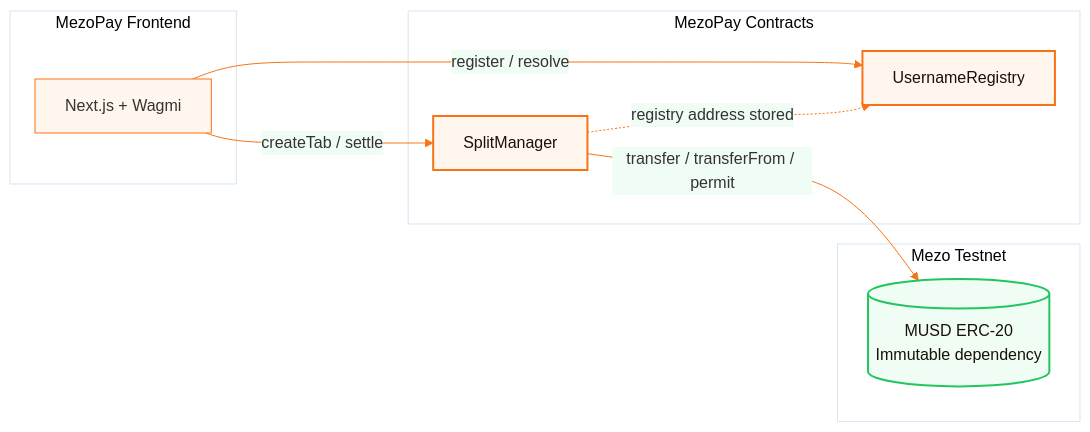
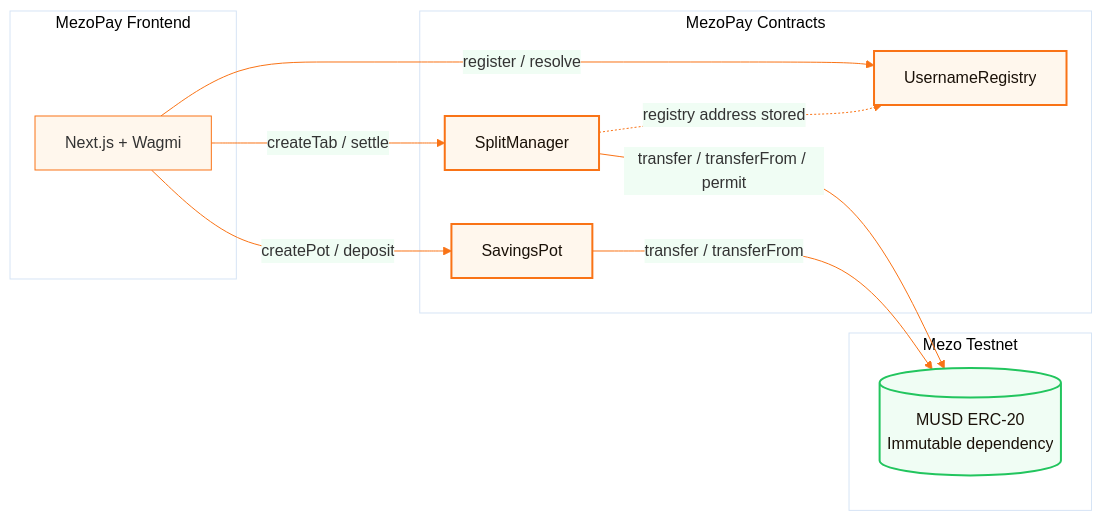
Before and after one commit to ShivamSoni20/MezoPay: the first of 2 diagrams in contracts/README.md, drawn with Mermaid. The commit also changed other lines of this file and 1 other file, not shown here.

Commit message:
docs: fix mermaid text clipping by removing font override

````diff
--- a/contracts/README.md
+++ b/contracts/README.md
@@ -33,26 +34,29 @@
 ```mermaid
 %%{init: {'theme': 'base', 'themeVariables': {'primaryColor': '#FFF7ED', 'primaryBorderColor': '#F97316', 'secondaryColor': '#F0FDF4', 'secondaryBorderColor': '#22C55E', 'lineColor': '#F97316'}}}%%
 flowchart LR
     subgraph app["MezoPay Frontend"]
         FE[Next.js + Wagmi]
     end
 
     subgraph contracts["MezoPay Contracts"]
         REG[UsernameRegistry]
         SPLIT[SplitManager]
+        POT[SavingsPot]
     end
 
     subgraph mezo["Mezo Testnet"]
         MUSD[(MUSD ERC-20<br/>Immutable dependency)]
     end
 
     FE -->|register / resolve| REG
     FE -->|createTab / settle| SPLIT
+    FE -->|createPot / deposit| POT
     SPLIT -->|transfer / transferFrom / permit| MUSD
+    POT -->|transfer / transferFrom| MUSD
     SPLIT -.->|registry address stored| REG
 
     classDef cfill fill:#FFF7ED,stroke:#F97316,stroke-width:2px,color:#1A1108
     classDef mfill fill:#F0FDF4,stroke:#22C55E,stroke-width:2px,color:#1A1108
-    class REG,SPLIT cfill
+    class REG,SPLIT,POT cfill
     class MUSD mfill
 ```
````
